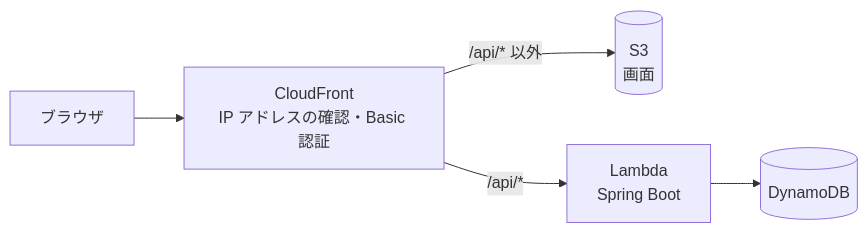
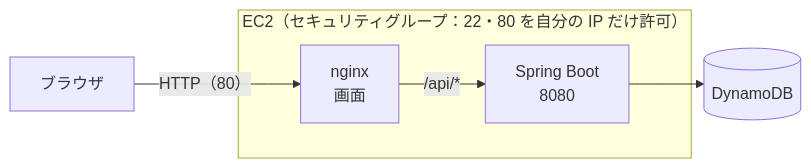
Before and after one commit to mk242329/taskmanagement: the second of 2 diagrams in README.md, drawn with Mermaid. The commit also changed other lines of this file and 21 other files, not shown here.

````diff
--- a/README.md
+++ b/README.md
@@ -288,7 +288,8 @@
 ```mermaid
 flowchart LR
-    Browser[ブラウザ] --> CF[CloudFront<br>IP アドレスの確認・Basic 認証]
-    CF -- "/api/* 以外" --> S3[(S3<br>画面)]
-    CF -- "/api/*" --> Lambda[Lambda<br>Spring Boot]
-    Lambda --> DDB[(DynamoDB)]
+    Browser[ブラウザ] -- "HTTP（80）" --> Nginx
+    subgraph EC2["EC2（セキュリティグループ：22・80 を自分の IP だけ許可）"]
+        Nginx[nginx<br>画面] -- "/api/*" --> Boot[Spring Boot<br>8080]
+    end
+    Boot --> DDB[(DynamoDB)]
 ```
````
